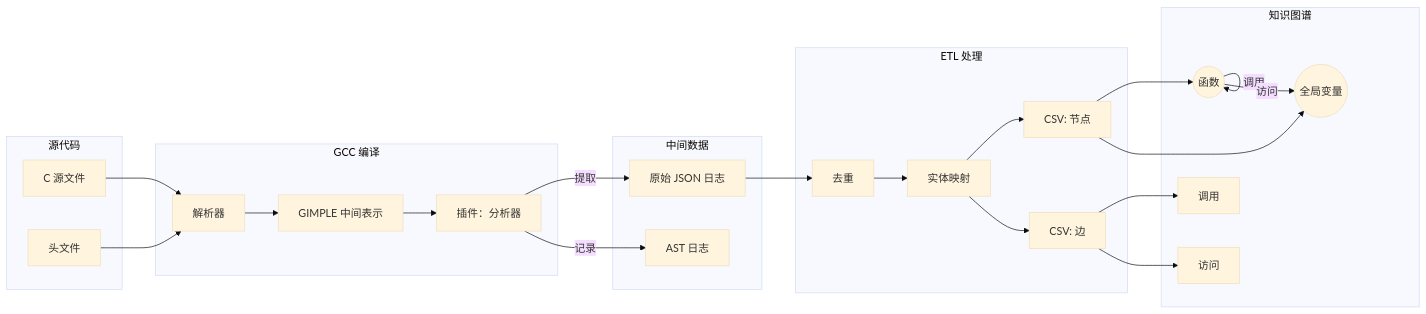
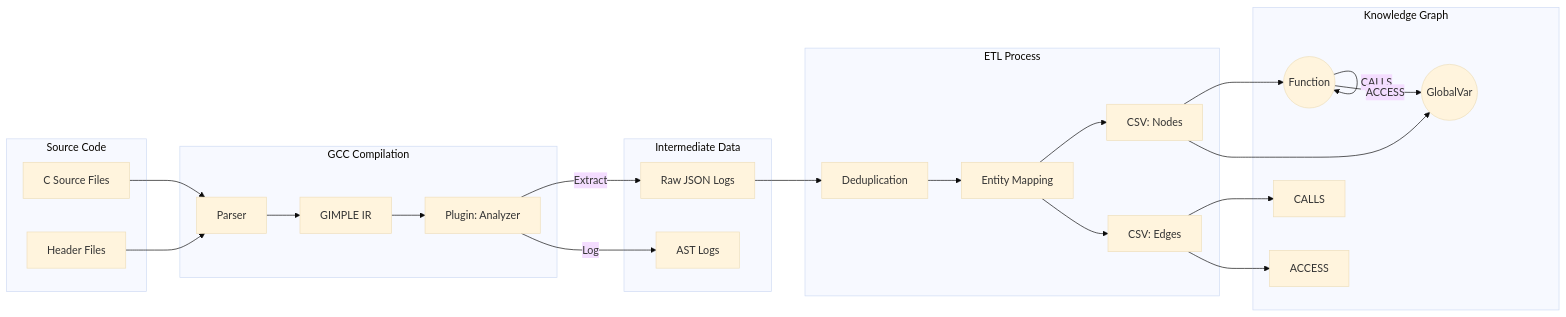
The fourth of 7 diagrams in README.md (lehengzhangJacob/Linux_kernel_safety_tool), drawn with Mermaid (base theme) before and after one commit. The commit also changed other lines of this file and 1 other file, not shown here.

````diff
--- a/README.md
+++ b/README.md
@@ -133,49 +131,49 @@
 ```mermaid
 graph LR
-    subgraph "源代码"
-        S1[C 源文件]
-        S2[头文件]
+    subgraph "Source Code"
+        S1[C Source Files]
+        S2[Header Files]
     end
 
-    subgraph "GCC 编译"
-        G1[解析器]
-        G2[GIMPLE 中间表示]
-        P1[插件：分析器]
+    subgraph "GCC Compilation"
+        G1[Parser]
+        G2[GIMPLE IR]
+        P1[Plugin: Analyzer]
     end
 
-    subgraph "中间数据"
-        D1[原始 JSON 日志]
-        D2[AST 日志]
+    subgraph "Intermediate Data"
+        D1[Raw JSON Logs]
+        D2[AST Logs]
     end
 
-    subgraph "ETL 处理"
-        E1[去重]
-        E2[实体映射]
-        D3[CSV: 节点]
-        D4[CSV: 边]
+    subgraph "ETL Process"
+        E1[Deduplication]
+        E2[Entity Mapping]
+        D3[CSV: Nodes]
+        D4[CSV: Edges]
     end
 
-    subgraph "知识图谱"
-        N1((函数))
-        N2((全局变量))
-        R1[调用]
-        R2[访问]
+    subgraph "Knowledge Graph"
+        N1((Function))
+        N2((GlobalVar))
+        R1[CALLS]
+        R2[ACCESS]
     end
 
     S1 --> G1
     S2 --> G1
     G1 --> G2
     G2 --> P1
-    P1 -->|提取| D1
-    P1 -->|记录| D2
+    P1 -->|Extract| D1
+    P1 -->|Log| D2
     D1 --> E1
     E1 --> E2
     E2 --> D3
     E2 --> D4
     D3 --> N1
     D3 --> N2
     D4 --> R1
     D4 --> R2
-    N1 -->|调用| N1
-    N1 -->|访问| N2
+    N1 -->|CALLS| N1
+    N1 -->|ACCESS| N2
 ```
````
